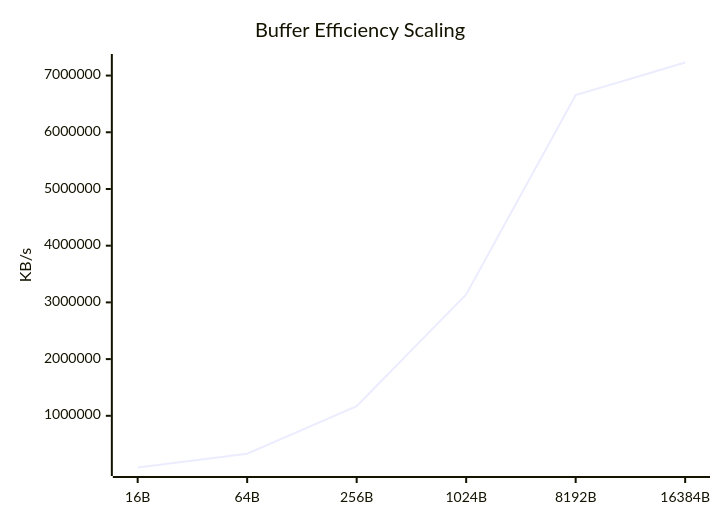
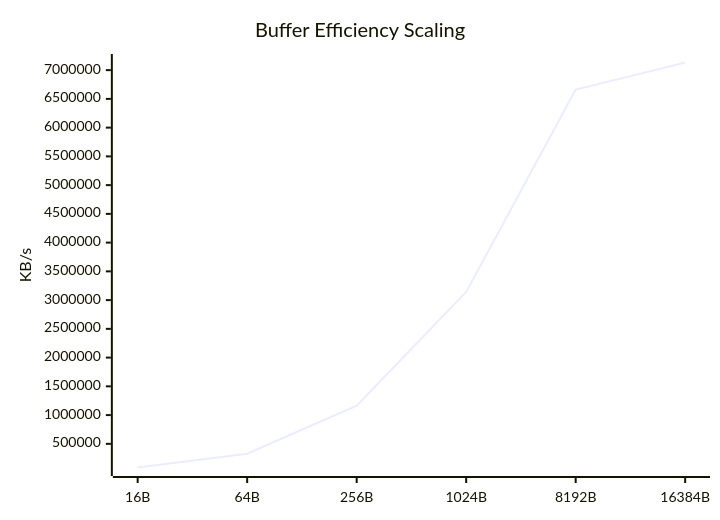
The sixth of 9 diagrams in docs/Comparison_Report.md (taha2samy/openssl_fips), drawn with Mermaid before and after one commit. The commit also changed other lines of this file and 2 other files, not shown here.

````diff
--- a/docs/Comparison_Report.md
+++ b/docs/Comparison_Report.md
@@ -102,7 +102,7 @@
 ```mermaid
 xychart-beta
     title "Buffer Efficiency Scaling"
     x-axis [16B, 64B, 256B, 1024B, 8192B, 16384B]
     y-axis "KB/s"
-    line [88309.95, 332513.7, 1169470.98, 3139880.96, 6655541.25, 7230406.66]
+    line [88327.83, 328374.78, 1163250.18, 3142814.21, 6661054.46, 7132921.86]
 ```
````
